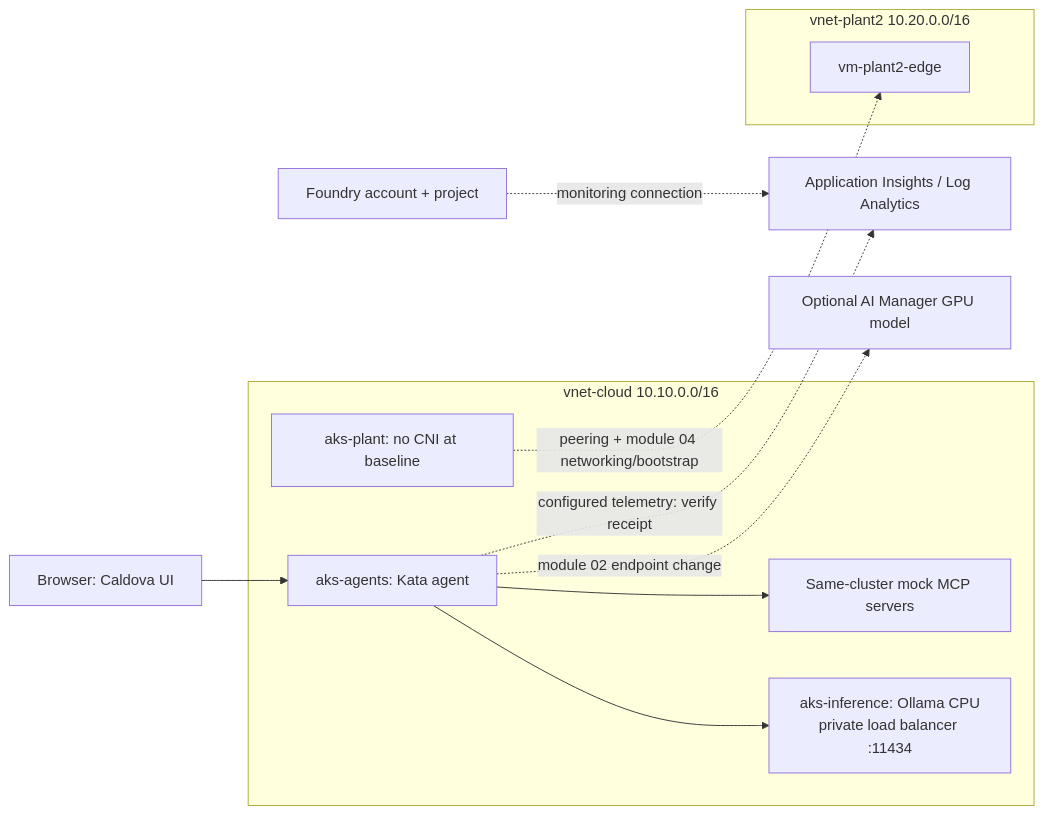
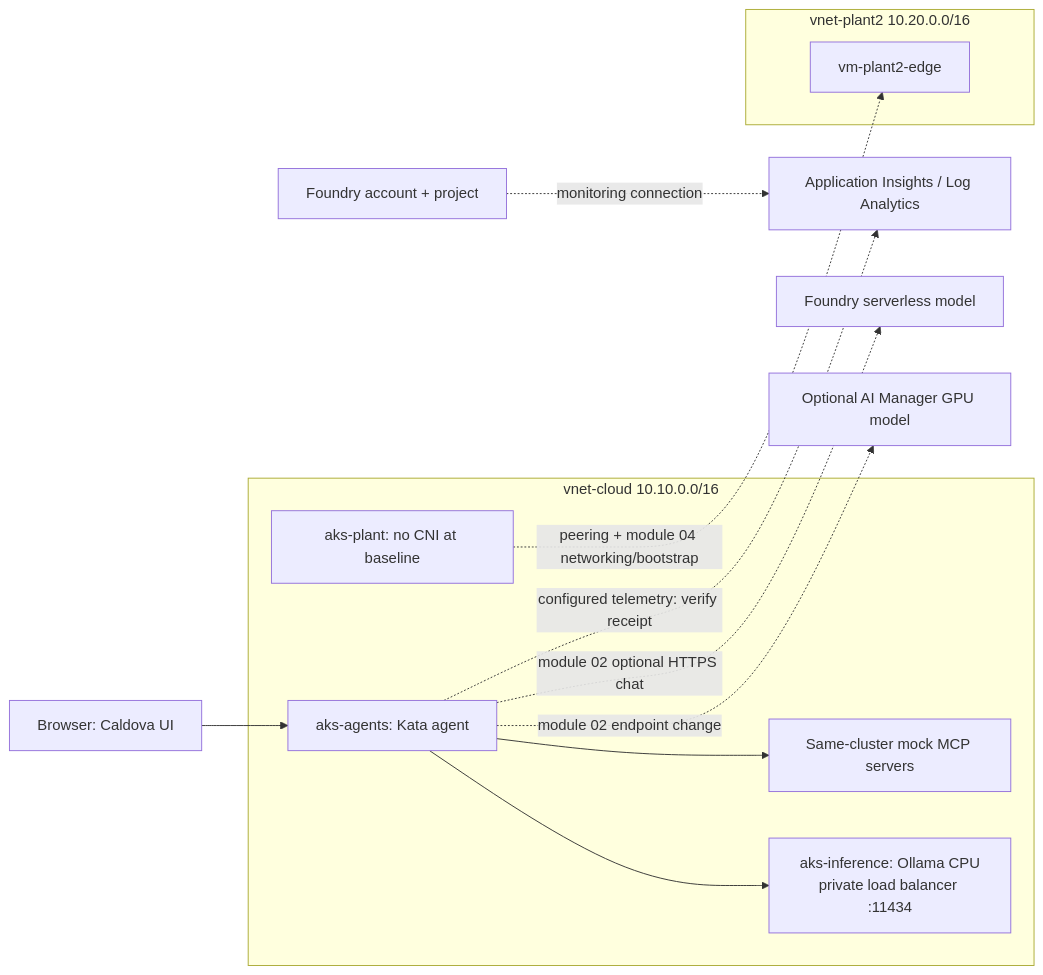
One commit to rutgerpels/ignite-aks-ai-foundry changed the diagram in README.md. Above: the diagram before and after it, drawn with Mermaid. The commit also changed other lines of this file and 12 other files, not shown here.

Commit message:
Add Foundry serverless inference option

````diff
--- a/README.md
+++ b/README.md
@@ -20,16 +20,17 @@
 ```mermaid
 flowchart LR
     U["Browser: Caldova UI"] --> A["aks-agents: Kata agent"]
     subgraph Cloud["vnet-cloud 10.10.0.0/16"]
         A --> M["Same-cluster mock MCP servers"]
         A --> I["aks-inference: Ollama CPU<br/>private load balancer :11434"]
         P["aks-plant: no CNI at baseline"]
     end
     subgraph Plant["vnet-plant2 10.20.0.0/16"]
         E["vm-plant2-edge"]
     end
     P -. "peering + module 04 networking/bootstrap" .-> E
     A -. "configured telemetry: verify receipt" .-> T["Application Insights / Log Analytics"]
     F["Foundry account + project"] -. "monitoring connection" .-> T
+    A -. "module 02 optional HTTPS chat" .-> S["Foundry serverless model"]
     A -. "module 02 endpoint change" .-> G["Optional AI Manager GPU model"]
 ```
````
